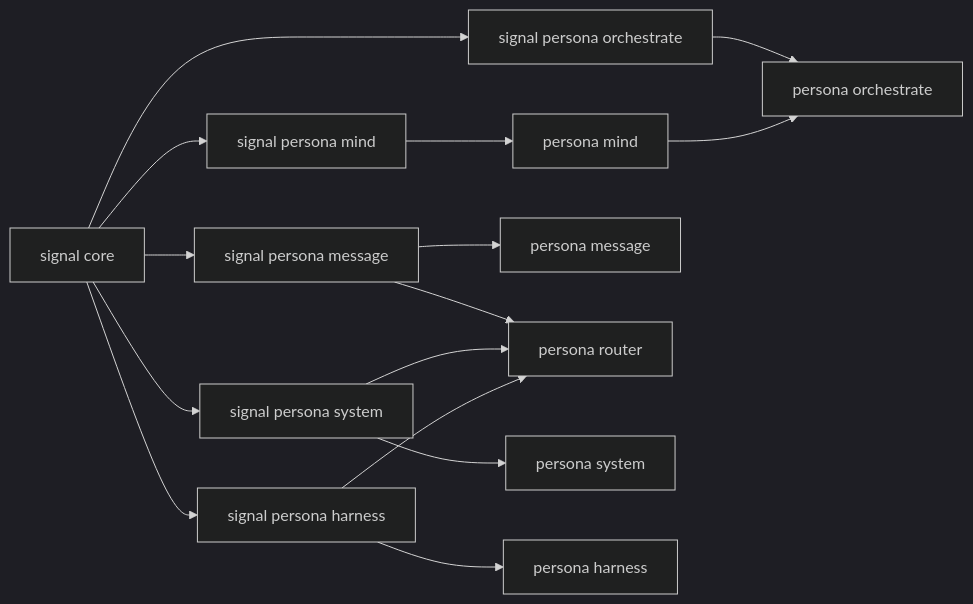
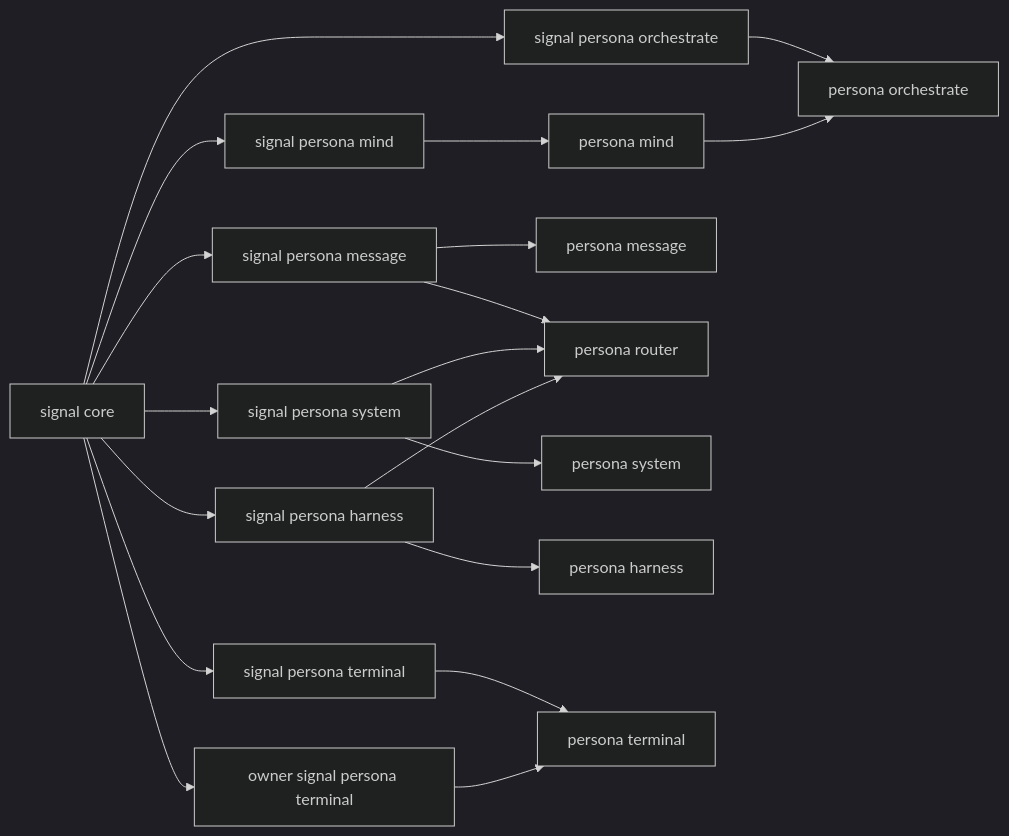
One commit to LiGoldragon/persona changed the second of 8 diagrams in ARCHITECTURE.md. Above: the diagram before and after it, drawn with Mermaid (dark theme). The commit also changed other lines of this file and 2 other files, not shown here.

Commit message:
persona: wire terminal owner signal contract

````diff
--- a/ARCHITECTURE.md
+++ b/ARCHITECTURE.md
@@ -215,17 +217,21 @@
 ```mermaid
 graph LR
     signal_core[signal core] --> mind_contract[signal persona mind]
     signal_core --> orchestrate_contract[signal persona orchestrate]
     signal_core --> message_contract[signal persona message]
     signal_core --> system_contract[signal persona system]
     signal_core --> harness_contract[signal persona harness]
+    signal_core --> terminal_contract[signal persona terminal]
+    signal_core --> owner_terminal_contract[owner signal persona terminal]
     mind_contract --> mind[persona mind]
     orchestrate_contract --> orchestrate[persona orchestrate]
     mind --> orchestrate
     message_contract --> message[persona message]
     message_contract --> router[persona router]
     system_contract --> system[persona system]
     system_contract --> router
     harness_contract --> router
     harness_contract --> harness[persona harness]
+    terminal_contract --> terminal[persona terminal]
+    owner_terminal_contract --> terminal
 ```
````
